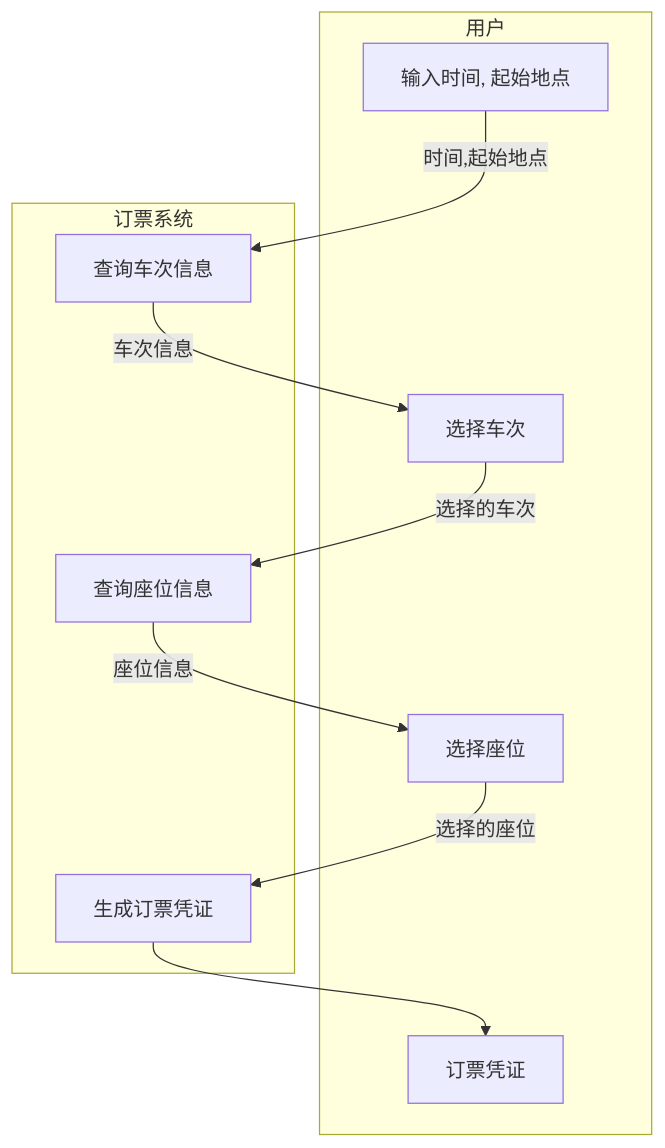
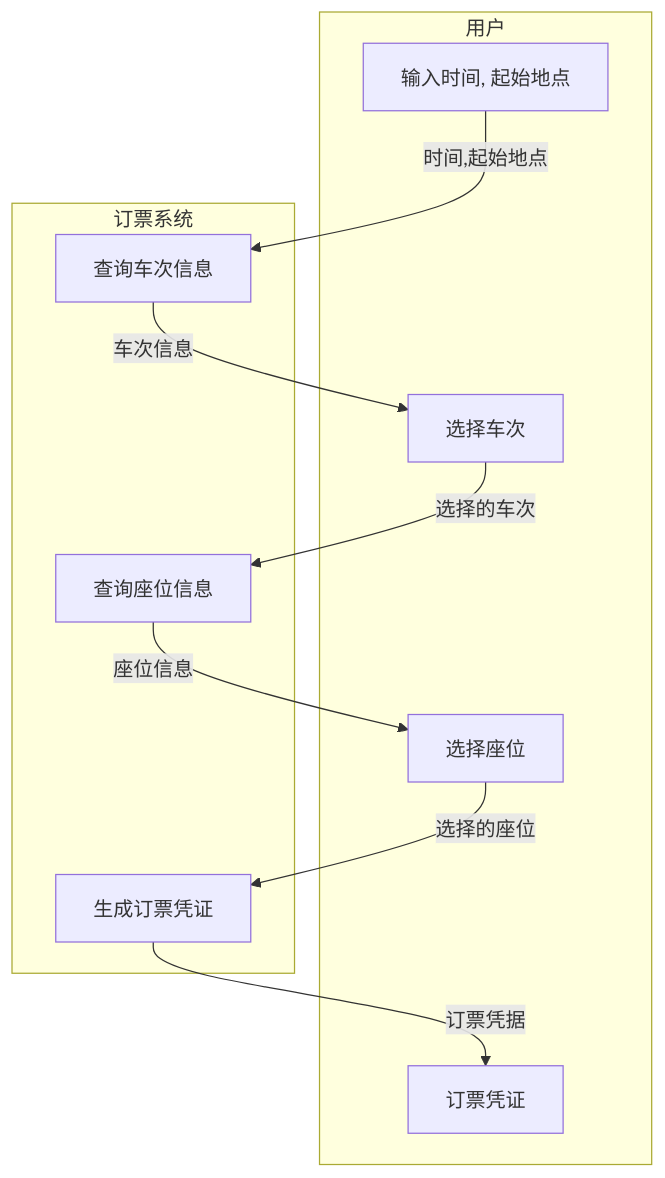
Before and after one commit to Clear-Love/Note: the second of 4 diagrams in 软件工程/第三章.md, drawn with Mermaid. The commit also changed other lines of this file, not shown here.

````diff
--- a/软件工程/第三章.md
+++ b/软件工程/第三章.md
@@ -133,22 +133,22 @@
 ```mermaid
 flowchart TB
   subgraph 用户
     A[输入时间, 起始地点]
     B[选择车次]
     C[选择座位]
     G[订票凭证]
   end
 
   subgraph 订票系统
     D[查询车次信息]
     E[查询座位信息]
     F[生成订票凭证]
   end
 
   A -->|时间,起始地点| D
   D -- 车次信息 --> B
   B -->|选择的车次| E
   E -- 座位信息 --> C
   C -->|选择的座位| F
-  F --> G
+  F -->|订票凭据| G
 ```
````
